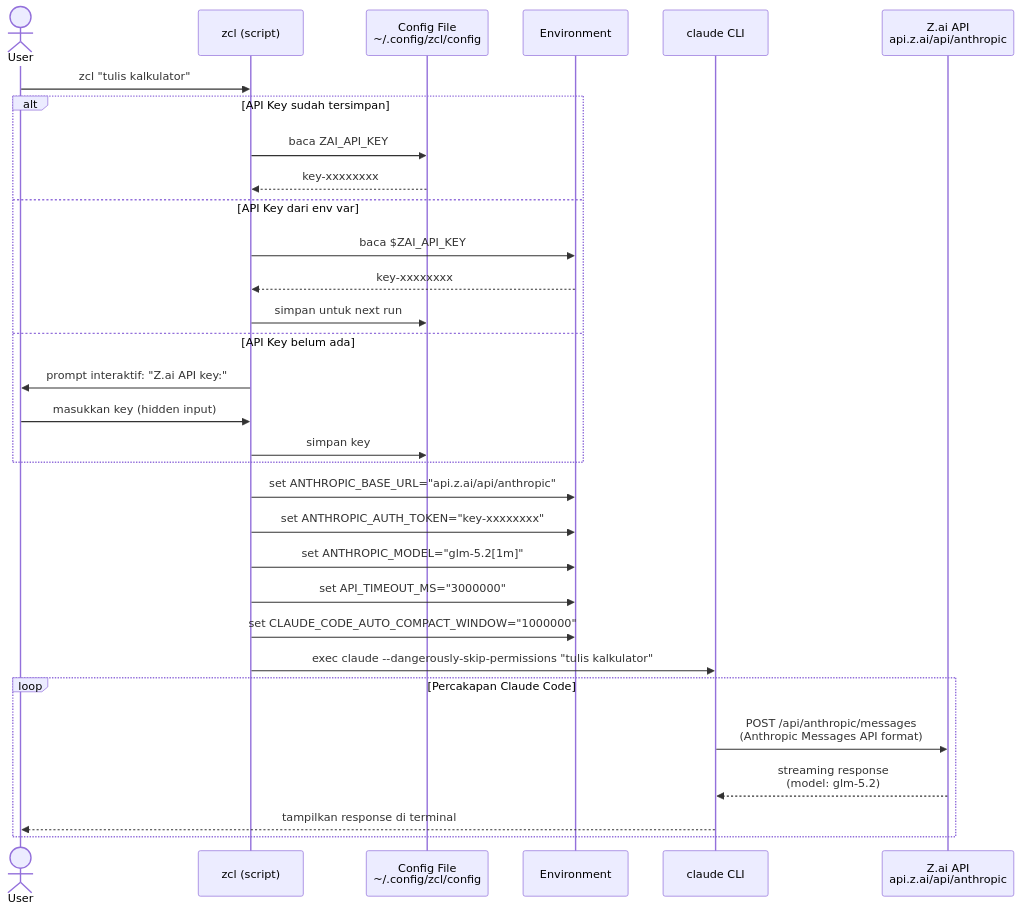
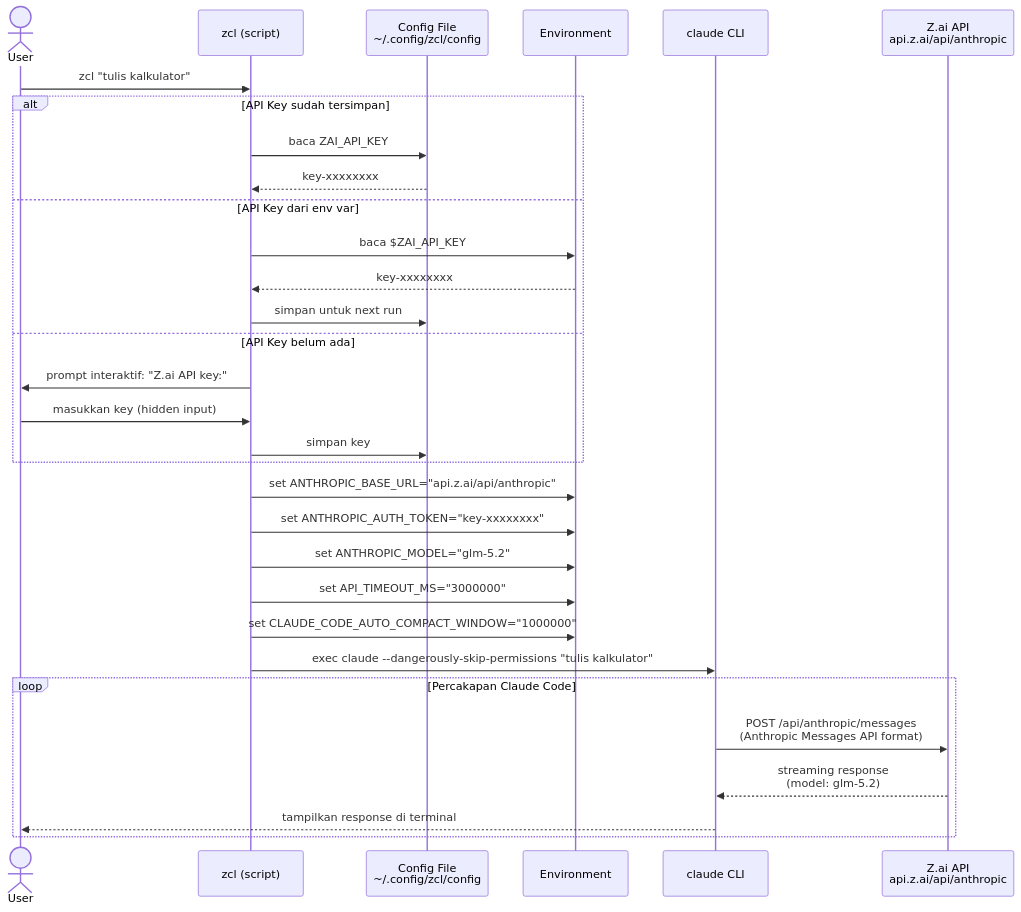
One commit to Muhira007/z-ai-claude changed the second of 6 diagrams in README.md. Above: the diagram before and after it, drawn with Mermaid. The commit also changed other lines of this file and 3 other files, not shown here.

First line of the commit message:
fix: ubah default model ke glm-5.2 (tanpa [1m]) untuk stabilitas streaming

````diff
--- a/README.md
+++ b/README.md
@@ -119,38 +119,38 @@
 ```mermaid
 sequenceDiagram
     actor U as User
     participant ZC as zcl (script)
     participant CF as Config File<br/>~/.config/zcl/config
     participant ENV as Environment
     participant CC as claude CLI
     participant ZAI as Z.ai API<br/>api.z.ai/api/anthropic
 
     U->>ZC: zcl "tulis kalkulator"
 
     alt API Key sudah tersimpan
         ZC->>CF: baca ZAI_API_KEY
         CF-->>ZC: key-xxxxxxxx
     else API Key dari env var
         ZC->>ENV: baca $ZAI_API_KEY
         ENV-->>ZC: key-xxxxxxxx
         ZC->>CF: simpan untuk next run
     else API Key belum ada
         ZC->>U: prompt interaktif: "Z.ai API key:"
         U->>ZC: masukkan key (hidden input)
         ZC->>CF: simpan key
     end
 
     ZC->>ENV: set ANTHROPIC_BASE_URL="api.z.ai/api/anthropic"
     ZC->>ENV: set ANTHROPIC_AUTH_TOKEN="key-xxxxxxxx"
-    ZC->>ENV: set ANTHROPIC_MODEL="glm-5.2[1m]"
+    ZC->>ENV: set ANTHROPIC_MODEL="glm-5.2"
     ZC->>ENV: set API_TIMEOUT_MS="3000000"
     ZC->>ENV: set CLAUDE_CODE_AUTO_COMPACT_WINDOW="1000000"
 
     ZC->>CC: exec claude --dangerously-skip-permissions "tulis kalkulator"
 
     loop Percakapan Claude Code
         CC->>ZAI: POST /api/anthropic/messages<br/>(Anthropic Messages API format)
         ZAI-->>CC: streaming response<br/>(model: glm-5.2)
         CC-->>U: tampilkan response di terminal
     end
 ```
````
